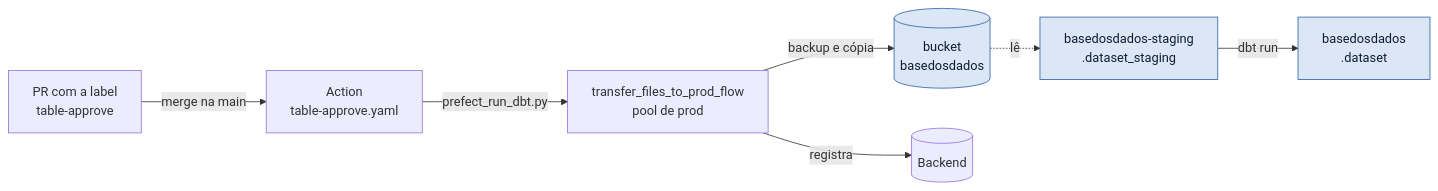
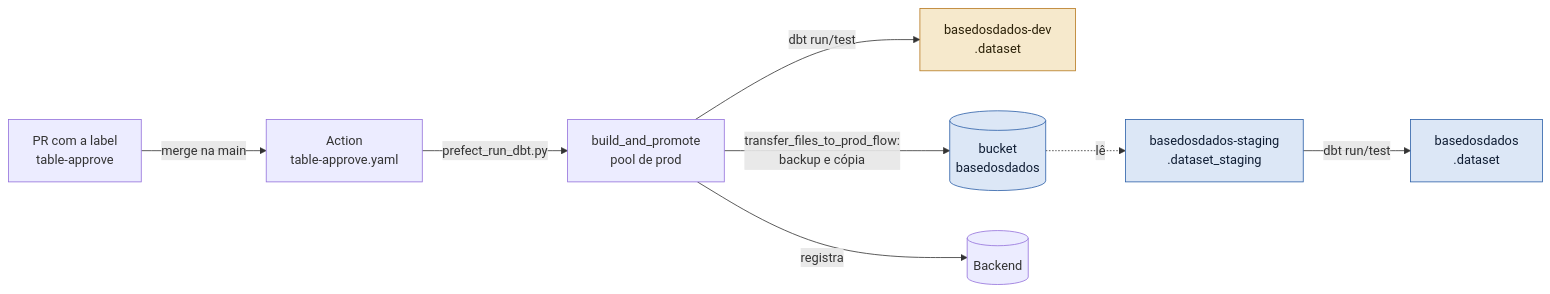
One commit to basedosdados/manual-equipe-dados changed the third of 4 diagrams in docs/onboarding/fluxo-de-dados-e-infraestrutura.md. Above: the diagram before and after it, drawn with Mermaid. The commit also changed other lines of this file and 2 other files, not shown here.

Commit message:
docs: table-approve passa pelo build_and_promote (pipelines#2327)
Atualiza a explicação do table-approve, o fluxo de dados do onboarding e a
tabela de pools e pods: o table-approve dispara o build_and_promote, roda
dbt run/test em dev antes de promover e em prod depois. Documenta o risco
da staging de dev vazia (a de prod é apagada antes da cópia falhar).

````diff
--- a/docs/onboarding/fluxo-de-dados-e-infraestrutura.md
+++ b/docs/onboarding/fluxo-de-dados-e-infraestrutura.md
@@ -134,11 +134,14 @@
 ```mermaid
 flowchart LR
     PR[PR com a label<br/>table-approve] -->|merge na main| ACT[Action<br/>table-approve.yaml]
-    ACT -->|prefect_run_dbt.py| TF[transfer_files_to_prod_flow<br/>pool de prod]
-    TF -->|backup e cópia| GPRD[(bucket<br/>basedosdados)]
+    ACT -->|prefect_run_dbt.py| BP[build_and_promote<br/>pool de prod]
+    BP -- dbt run/test --> BQD[basedosdados-dev<br/>.dataset]
+    BP -->|transfer_files_to_prod_flow:<br/>backup e cópia| GPRD[(bucket<br/>basedosdados)]
     GPRD -. lê .-> BQPS[basedosdados-staging<br/>.dataset_staging]
-    BQPS -- dbt run --> BQP[basedosdados<br/>.dataset]
-    TF -->|registra| API[(Backend)]
+    BQPS -- dbt run/test --> BQP[basedosdados<br/>.dataset]
+    BP -->|registra| API[(Backend)]
+    classDef dev fill:#f6e9cc,stroke:#b7791f,color:#2b2108
     classDef prod fill:#dce7f6,stroke:#2b5fa8,color:#0f1d33
+    class BQD dev
     class GPRD,BQPS,BQP prod
 ```
````
